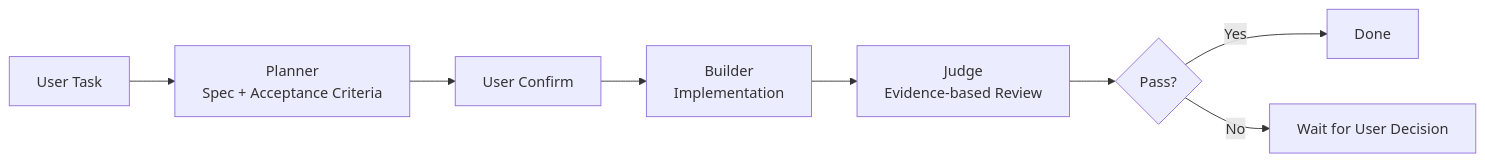
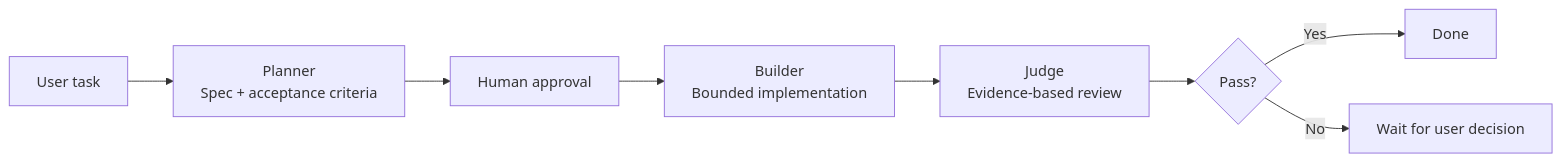
Before and after one commit to joker01-01/cursor-plan-build-judge: the diagram in README.md, drawn with Mermaid. The commit also changed other lines of this file, not shown here.

````diff
--- a/README.md
+++ b/README.md
@@ -52,10 +29,10 @@
 ```mermaid
 flowchart LR
-    A[User Task] --> B[Planner<br/>Spec + Acceptance Criteria]
-    B --> C[User Confirm]
-    C --> D[Builder<br/>Implementation]
-    D --> E[Judge<br/>Evidence-based Review]
+    A[User task] --> B[Planner<br/>Spec + acceptance criteria]
+    B --> C[Human approval]
+    C --> D[Builder<br/>Bounded implementation]
+    D --> E[Judge<br/>Evidence-based review]
     E --> F{Pass?}
     F -->|Yes| G[Done]
-    F -->|No| H[Wait for User Decision]
+    F -->|No| H[Wait for user decision]
 ```
````
